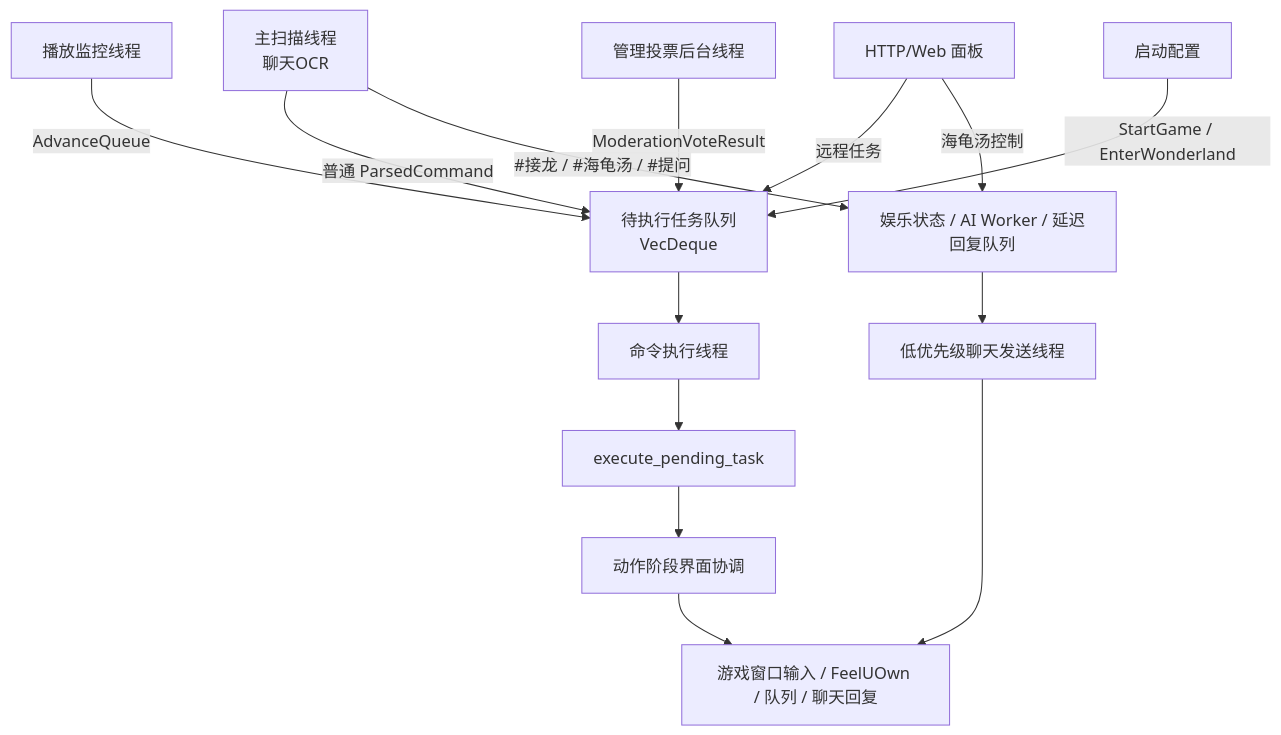
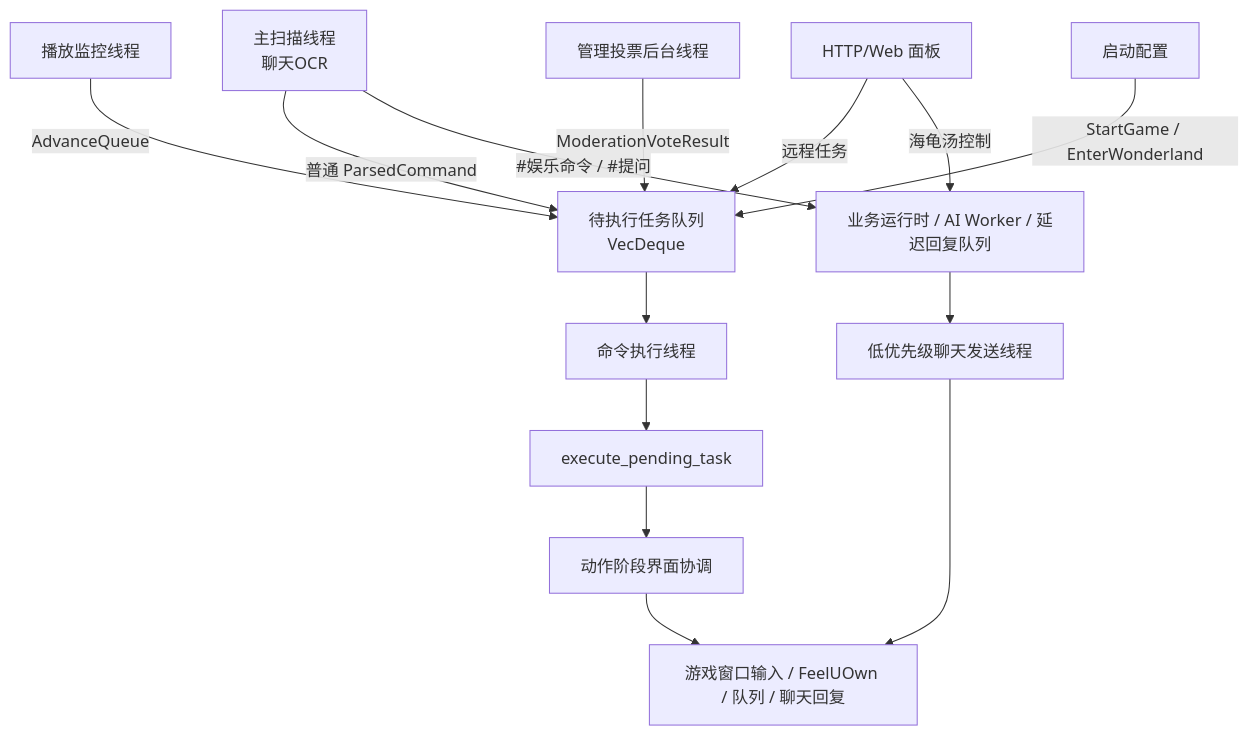
One commit to XingNian-www/Miliastra-Wonderland-Music changed the first of 4 diagrams in docs/executor-flow.md. Above: the diagram before and after it, drawn with Mermaid. The commit also changed other lines of this file and 24 other files, not shown here.

````diff
--- a/docs/executor-flow.md
+++ b/docs/executor-flow.md
@@ -11,16 +11,16 @@
 ```mermaid
 flowchart TD
     A["主扫描线程<br/>聊天OCR"] -->|普通 ParsedCommand| P["待执行任务队列<br/>VecDeque<PendingTask>"]
-    A -->|#接龙 / #海龟汤 / #提问| J["娱乐状态 / AI Worker / 延迟回复队列"]
+    A -->|#娱乐命令 / #提问| J["业务运行时 / AI Worker / 延迟回复队列"]
     B["HTTP/Web 面板"] -->|远程任务| P
     B -->|海龟汤控制| J
     C["播放监控线程"] -->|AdvanceQueue| P
     D["管理投票后台线程"] -->|ModerationVoteResult| P
     E["启动配置"] -->|StartGame / EnterWonderland| P
     P --> F["命令执行线程"]
     F --> G["execute_pending_task"]
     G --> H["动作阶段界面协调"]
     H --> I["游戏窗口输入 / FeelUOwn / 队列 / 聊天回复"]
     J --> S["低优先级聊天发送线程"]
     S --> I
 ```
````
